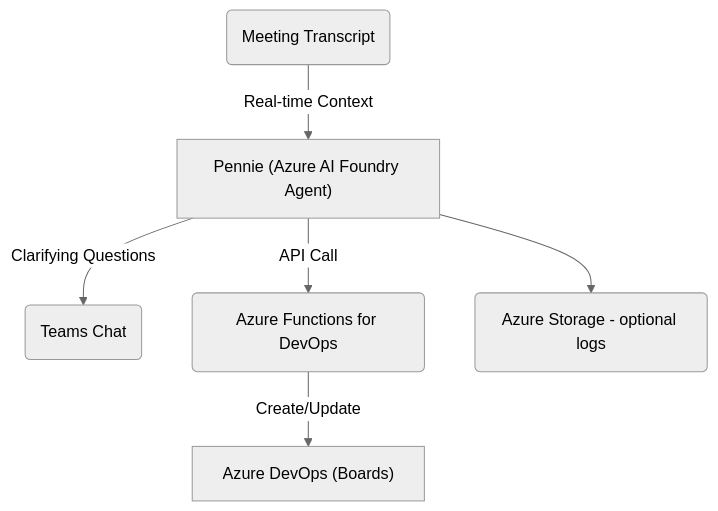
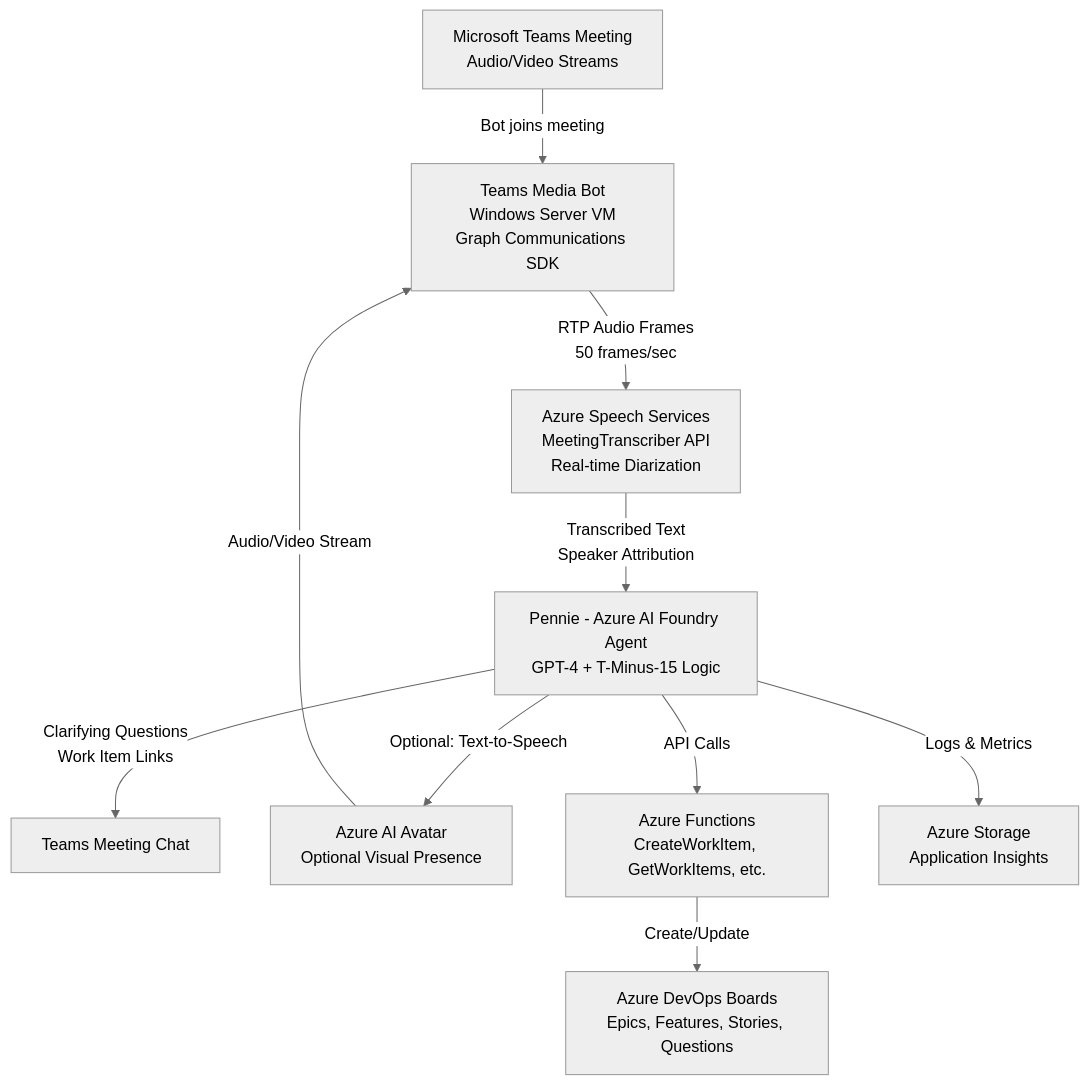
One commit to knowall-ai/GetPenn.ie changed the diagram in docs/SOLUTION_DESIGN.adoc. Above: the diagram before and after it, drawn with Mermaid (neutral theme). The commit also changed other lines of this file and 10 other files, not shown here.

```diff
--- a/docs/SOLUTION_DESIGN.adoc
+++ b/docs/SOLUTION_DESIGN.adoc
@@ -12,9 +12,13 @@
 [mermaid]
 ----
 flowchart TD
-Teams(Meeting Transcript) -->|Real-time Context| FoundryAgent["Pennie (Azure AI Foundry Agent)"]
-FoundryAgent -->|Clarifying Questions| TeamsChat(Teams Chat)
-FoundryAgent -->|API Call| DevOpsTools(Azure Functions for DevOps)
-DevOpsTools -->|Create/Update| AzureDevOps["Azure DevOps (Boards)"]
-FoundryAgent --> Storage(Azure Storage - optional logs)
+    TeamsMeeting[Microsoft Teams Meeting<br/>Audio/Video Streams] -->|Bot joins meeting| MediaBot[Teams Media Bot<br/>Windows Server VM<br/>Graph Communications SDK]
+    MediaBot -->|RTP Audio Frames<br/>50 frames/sec| SpeechServices[Azure Speech Services<br/>MeetingTranscriber API<br/>Real-time Diarization]
+    SpeechServices -->|Transcribed Text<br/>Speaker Attribution| FoundryAgent[Pennie - Azure AI Foundry Agent<br/>GPT-4 + T-Minus-15 Logic]
+    FoundryAgent -->|Clarifying Questions<br/>Work Item Links| TeamsChat[Teams Meeting Chat]
+    FoundryAgent -->|Optional: Text-to-Speech| Avatar[Azure AI Avatar<br/>Optional Visual Presence]
+    Avatar -->|Audio/Video Stream| MediaBot
+    FoundryAgent -->|API Calls| DevOpsTools[Azure Functions<br/>CreateWorkItem, GetWorkItems, etc.]
+    DevOpsTools -->|Create/Update| AzureDevOps[Azure DevOps Boards<br/>Epics, Features, Stories, Questions]
+    FoundryAgent -->|Logs & Metrics| Storage[Azure Storage<br/>Application Insights]
 ----
```
